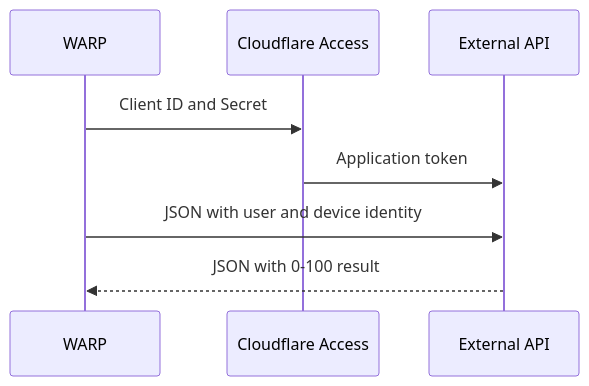
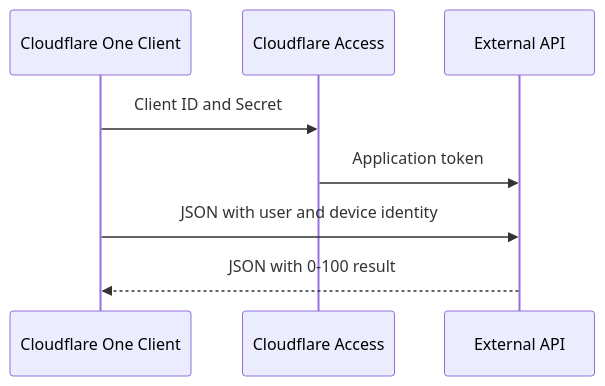
One commit to rdhanarot/cloudflare-docs changed the diagram in src/content/docs/cloudflare-one/integrations/service-providers/custom.mdx. Above: the diagram before and after it, drawn with Mermaid. The commit also changed other lines of this file and 22 other files, not shown here.

First line of the commit message:
[ZT] WARP Client --> Cloudflare One Client image audit (#29104)

````diff
--- a/src/content/docs/cloudflare-one/integrations/service-providers/custom.mdx
+++ b/src/content/docs/cloudflare-one/integrations/service-providers/custom.mdx
@@ -15,10 +15,10 @@
 ```mermaid
 sequenceDiagram
-    participant WARP
+    participant Cloudflare One Client
 		participant Cloudflare Access
     participant External API
-    WARP->>Cloudflare Access: Client ID and Secret
+    Cloudflare One Client->>Cloudflare Access: Client ID and Secret
 		Cloudflare Access->>External API: Application token
-		WARP->>External API: JSON with user and device identity
-    External API-->>WARP: JSON with 0-100 result
+		Cloudflare One Client->>External API: JSON with user and device identity
+    External API-->>Cloudflare One Client: JSON with 0-100 result
 ```
````
